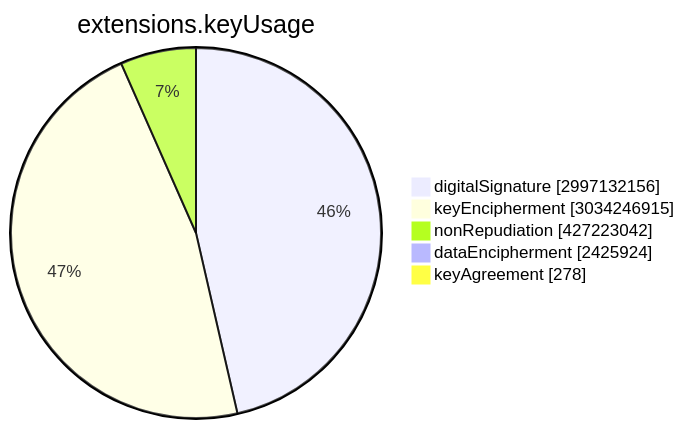
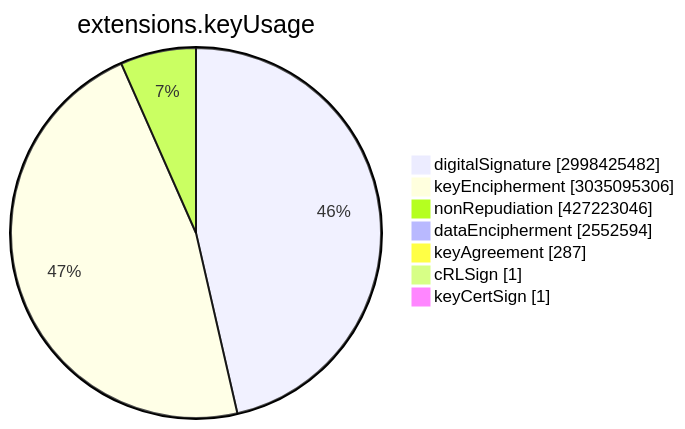
One commit to christiankrug/ctmonitor_visualization changed the sixth of 15 diagrams in TOTAL/README.md. Above: the diagram before and after it, drawn with Mermaid. The commit also changed other lines of this file, not shown here.

````diff
--- a/TOTAL/README.md
+++ b/TOTAL/README.md
@@ -3071,9 +3071,11 @@
 ```mermaid
 pie showData
 title extensions.keyUsage
-"digitalSignature" :2997132156
-"keyEncipherment" :3034246915
-"nonRepudiation" :427223042
-"dataEncipherment" :2425924
-"keyAgreement" :278
+"digitalSignature" :2998425482
+"keyEncipherment" :3035095306
+"nonRepudiation" :427223046
+"dataEncipherment" :2552594
+"keyAgreement" :287
+"cRLSign" :1
+"keyCertSign" :1
 ```
````
